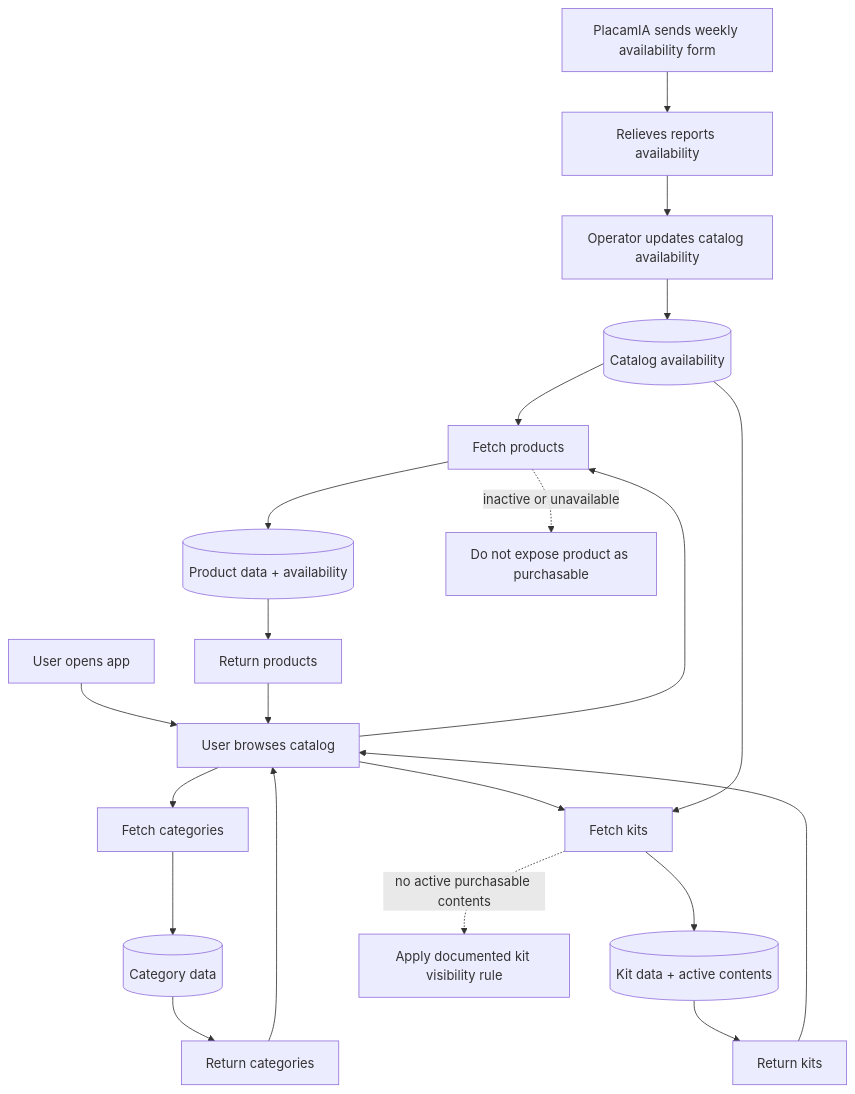
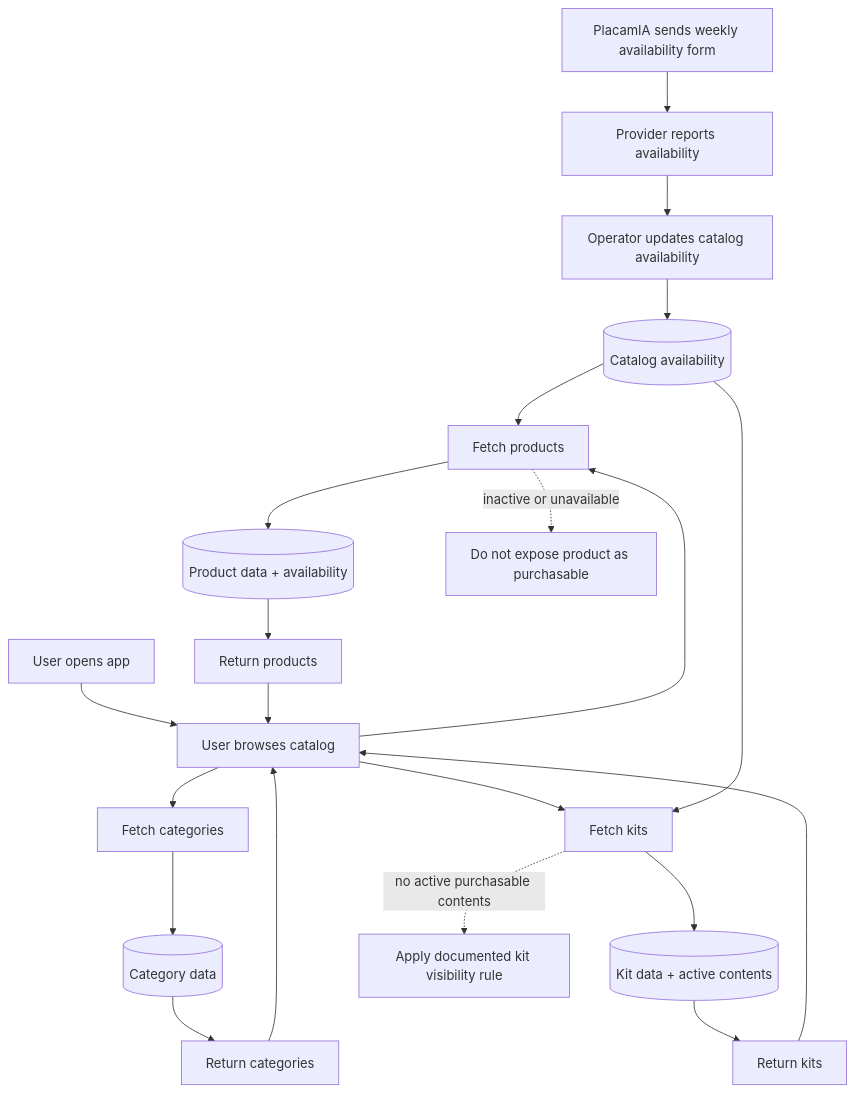
The diagram in docs/flows/catalog-flow.md (jovillal/placamia), drawn with Mermaid before and after one commit. The commit also changed other lines of this file and 24 other files, not shown here.

````diff
--- a/docs/flows/catalog-flow.md
+++ b/docs/flows/catalog-flow.md
@@ -16,29 +17,29 @@
 ```mermaid
 flowchart TD
-    O1[PlacamIA sends weekly availability form] --> P1[Relieves reports availability]
+    O1[PlacamIA sends weekly availability form] --> P1[Provider reports availability]
     P1 --> B0[Operator updates catalog availability]
     B0 --> D0[(Catalog availability)]
 
     U1[User opens app] --> U2[User browses catalog]
 
     U2 --> B1[Fetch categories]
     B1 --> D1[(Category data)]
     D1 --> B2[Return categories]
 
     U2 --> B3[Fetch products]
     B3 --> D2[(Product data + availability)]
     D2 --> B4[Return products]
 
     U2 --> B5[Fetch kits]
     B5 --> D3[(Kit data + active contents)]
     D3 --> B6[Return kits]
 
     D0 --> B3
     D0 --> B5
     B2 --> U2
     B4 --> U2
     B6 --> U2
 
     B3 -. inactive or unavailable .-> R1[Do not expose product as purchasable]
     B5 -. no active purchasable contents .-> R2[Apply documented kit visibility rule]
 ```
````
